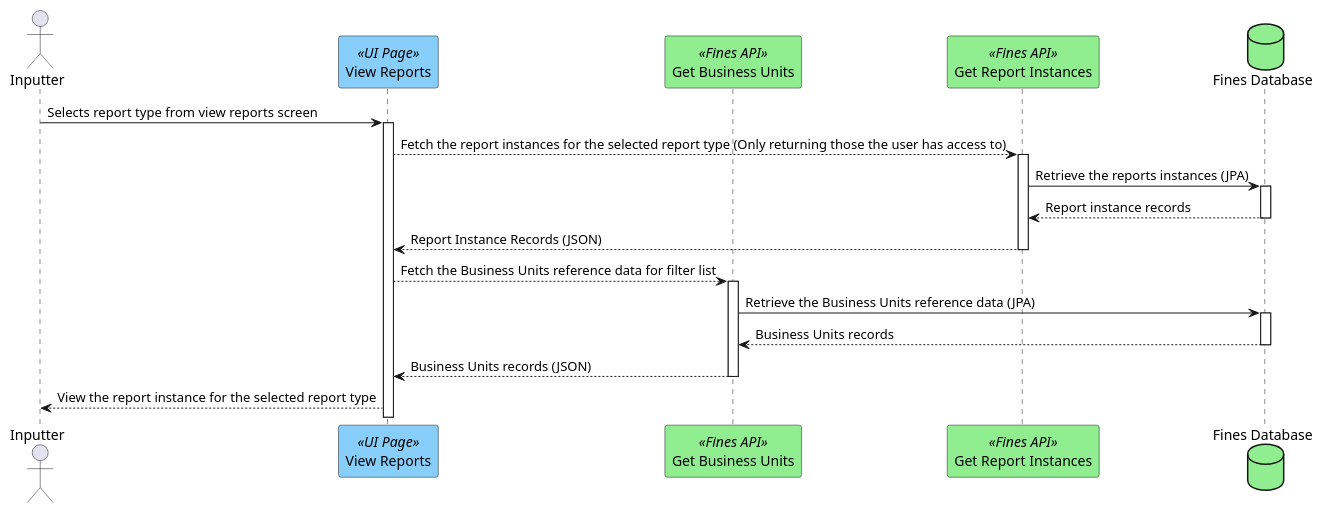
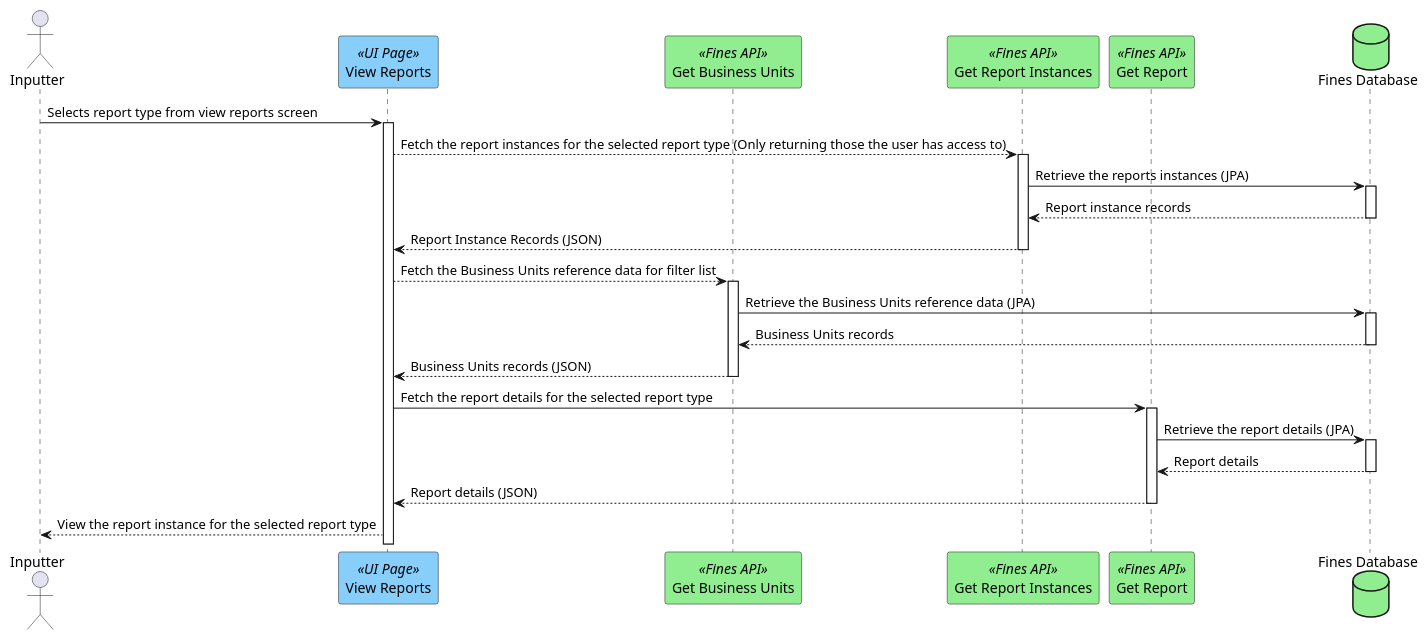
Before and after one commit to hmcts/opal-docs: the diagram in plantUML/fae-reports/fae-view_reports_instances.puml, drawn with PlantUML. The commit also changed 3 other files, not shown here.

```diff
--- a/plantUML/fae-reports/fae-view_reports_instances.puml
+++ b/plantUML/fae-reports/fae-view_reports_instances.puml
@@ -1,19 +1,24 @@
 @startuml
 actor "Inputter" as user
 participant "View Reports" as viewReportsInstances <<UI Page>> #lightskyblue
 participant "Get Business Units" as getBusinessUnits <<Fines API>> #lightgreen
 participant "Get Report Instances" as getReportInstances <<Fines API>> #lightgreen
+participant "Get Report" as getReport <<Fines API>> #lightgreen
 database "Fines Database" as db #lightgreen
 
 user -> viewReportsInstances ++ : Selects report type from view reports screen
 viewReportsInstances --> getReportInstances++ : Fetch the report instances for the selected report type (Only returning those the user has access to)
 getReportInstances -> db ++ : Retrieve the reports instances (JPA)
 getReportInstances <-- db -- : Report instance records
 viewReportsInstances <-- getReportInstances-- : Report Instance Records (JSON)
 viewReportsInstances --> getBusinessUnits++ : Fetch the Business Units reference data for filter list
 getBusinessUnits -> db ++ : Retrieve the Business Units reference data (JPA)
 getBusinessUnits <-- db -- : Business Units records
 viewReportsInstances <-- getBusinessUnits-- : Business Units records (JSON)
+viewReportsInstances -> getReport ++ : Fetch the report details for the selected report type
+getReport -> db ++ : Retrieve the report details (JPA)
+getReport <-- db -- : Report details
+viewReportsInstances <-- getReport -- : Report details (JSON)
 user <-- viewReportsInstances : View the report instance for the selected report type
 
 @enduml
```
